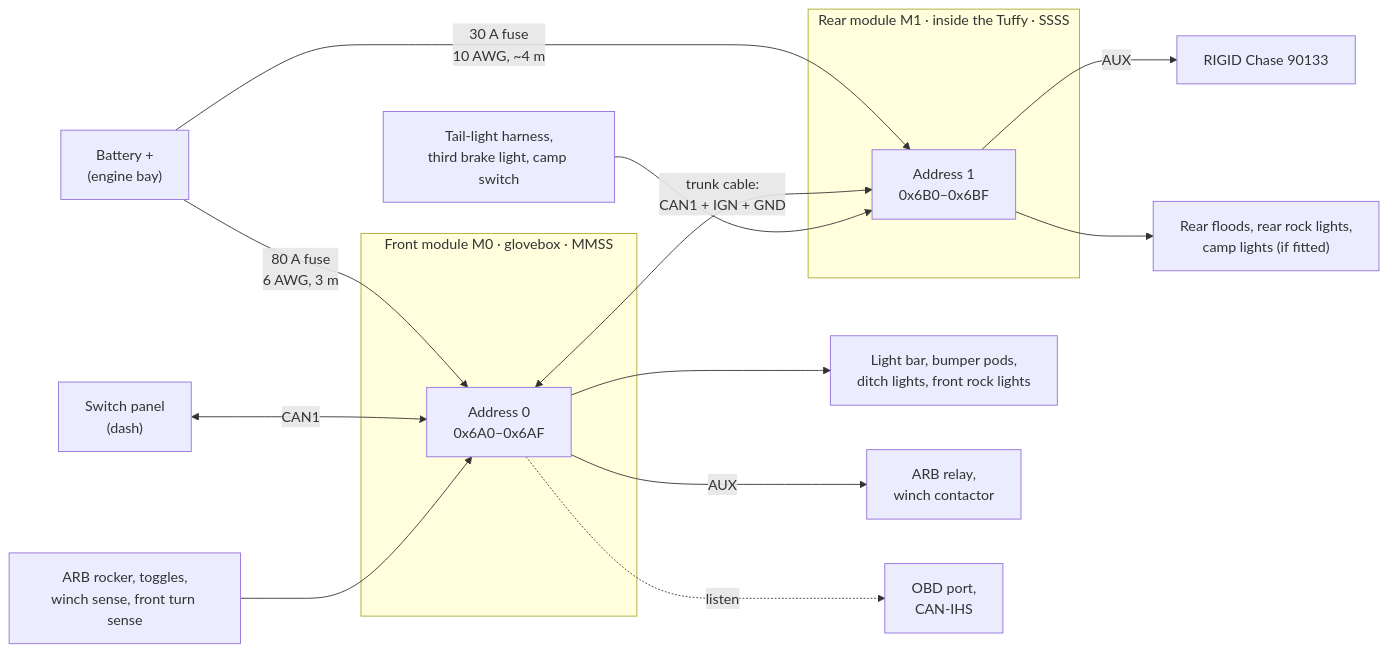
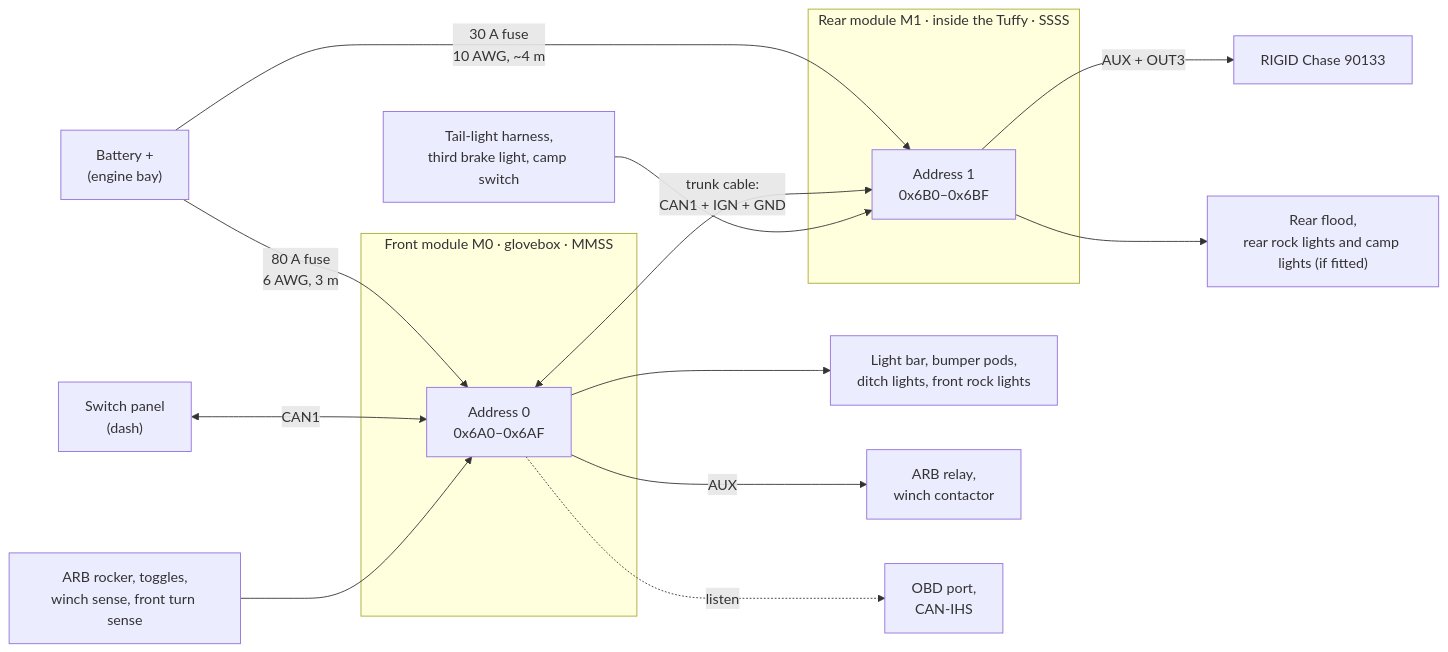
One commit to jeffmincey/playground changed the diagram in power-control-module/docs/13-multi-module-system.md. Above: the diagram before and after it, drawn with Mermaid. The commit also changed other lines of this file and 17 other files, not shown here.

First line of the commit message:
Apply the RIGID Chase wire map, rear flood and radio answers

````diff
--- a/power-control-module/docs/13-multi-module-system.md
+++ b/power-control-module/docs/13-multi-module-system.md
@@ -13,20 +13,20 @@
 ```mermaid
 flowchart LR
     BAT["Battery +<br/>(engine bay)"] -->|"80 A fuse<br/>6 AWG, 3 m"| M0
     BAT -->|"30 A fuse<br/>10 AWG, ~4 m"| M1
     PANEL["Switch panel<br/>(dash)"] <-->|"CAN1"| M0
     M0 <-->|"trunk cable:<br/>CAN1 + IGN + GND"| M1
     subgraph FRONT["Front module M0 · glovebox · MMSS"]
         M0["Address 0<br/>0x6A0–0x6AF"]
     end
     subgraph REAR["Rear module M1 · inside the Tuffy · SSSS"]
         M1["Address 1<br/>0x6B0–0x6BF"]
     end
     M0 --> FL["Light bar, bumper pods,<br/>ditch lights, front rock lights"]
     M0 -->|"AUX"| FA["ARB relay,<br/>winch contactor"]
     M0 -.->|"listen"| JEEP["OBD port,<br/>CAN-IHS"]
     DASH["ARB rocker, toggles,<br/>winch sense, front turn sense"] --> M0
-    M1 -->|"AUX"| CH["RIGID Chase 90133"]
-    M1 --> RL["Rear floods, rear rock lights,<br/>camp lights (if fitted)"]
+    M1 -->|"AUX + OUT3"| CH["RIGID Chase 90133"]
+    M1 --> RL["Rear flood,<br/>rear rock lights and camp lights (if fitted)"]
     TRL["Tail-light harness,<br/>third brake light, camp switch"] --> M1
 ```
````
